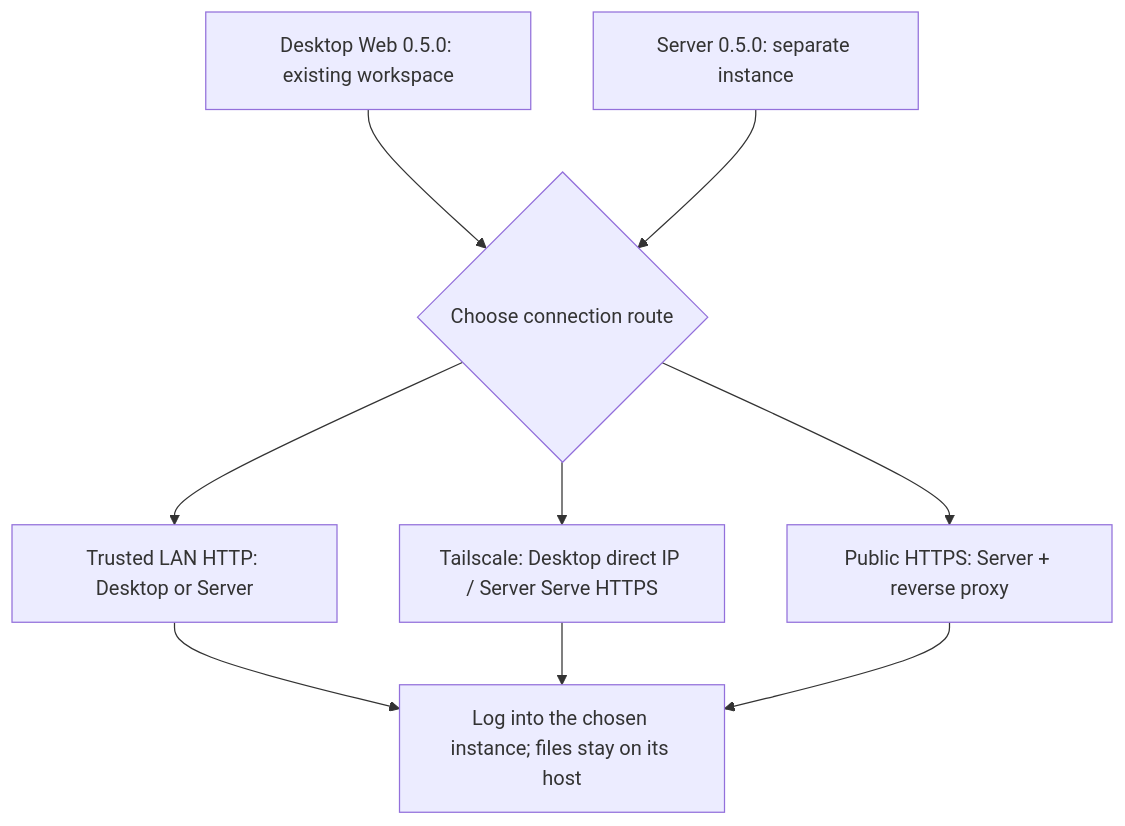
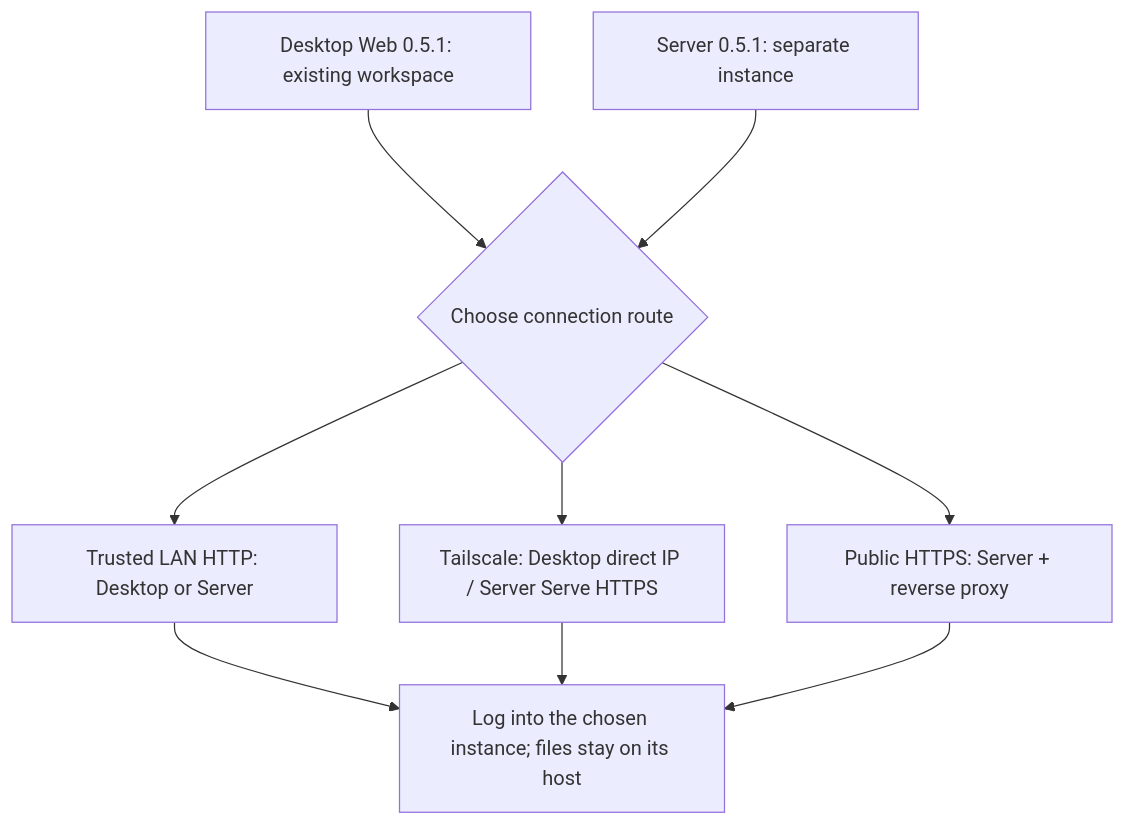
Before and after one commit to 123eyu/rovai-ai: the diagram in website/site/public/assets/diagrams/deployment-choice-en.mmd, drawn with Mermaid. The commit also changed 10 other files, not shown here.

```diff
--- a/website/site/public/assets/diagrams/deployment-choice-en.mmd
+++ b/website/site/public/assets/diagrams/deployment-choice-en.mmd
@@ -1,12 +1,12 @@
 flowchart TB
-  desktop["Desktop Web 0.5.0: existing workspace"]
-  server["Server 0.5.0: separate instance"]
+  desktop["Desktop Web 0.5.1: existing workspace"]
+  server["Server 0.5.1: separate instance"]
   choice{"Choose connection route"}
   desktop --> choice
   server --> choice
   choice --> lan["Trusted LAN HTTP: Desktop or Server"]
   choice --> ts["Tailscale: Desktop direct IP / Server Serve HTTPS"]
   choice --> public["Public HTTPS: Server + reverse proxy"]
   lan --> login["Log into the chosen instance; files stay on its host"]
   ts --> login
   public --> login
```
